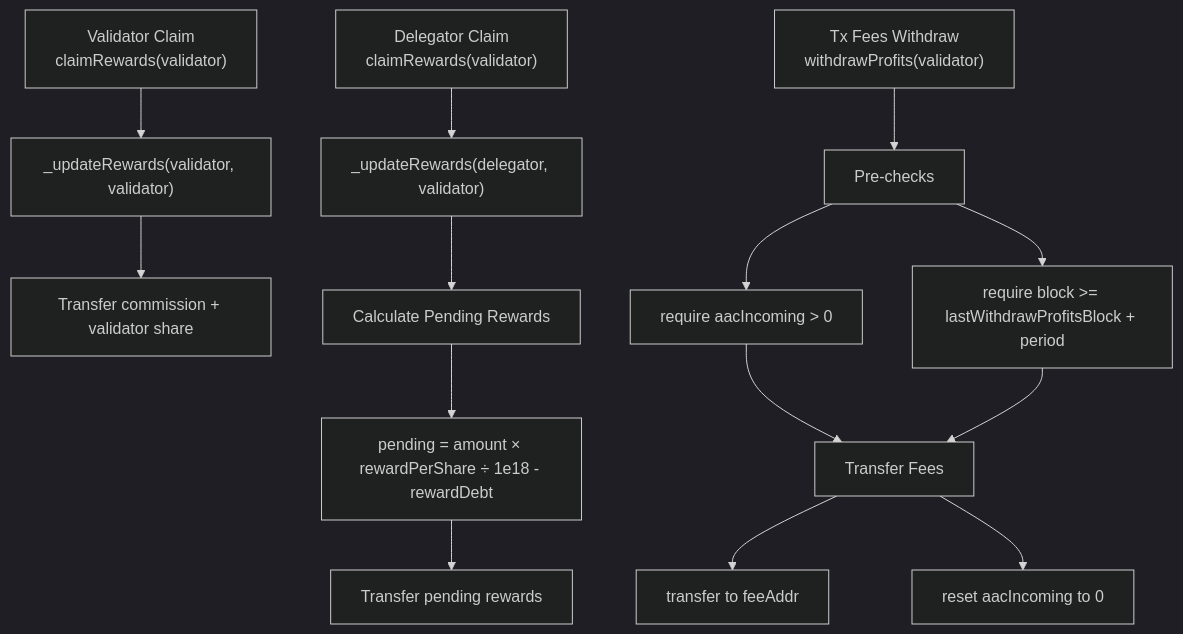
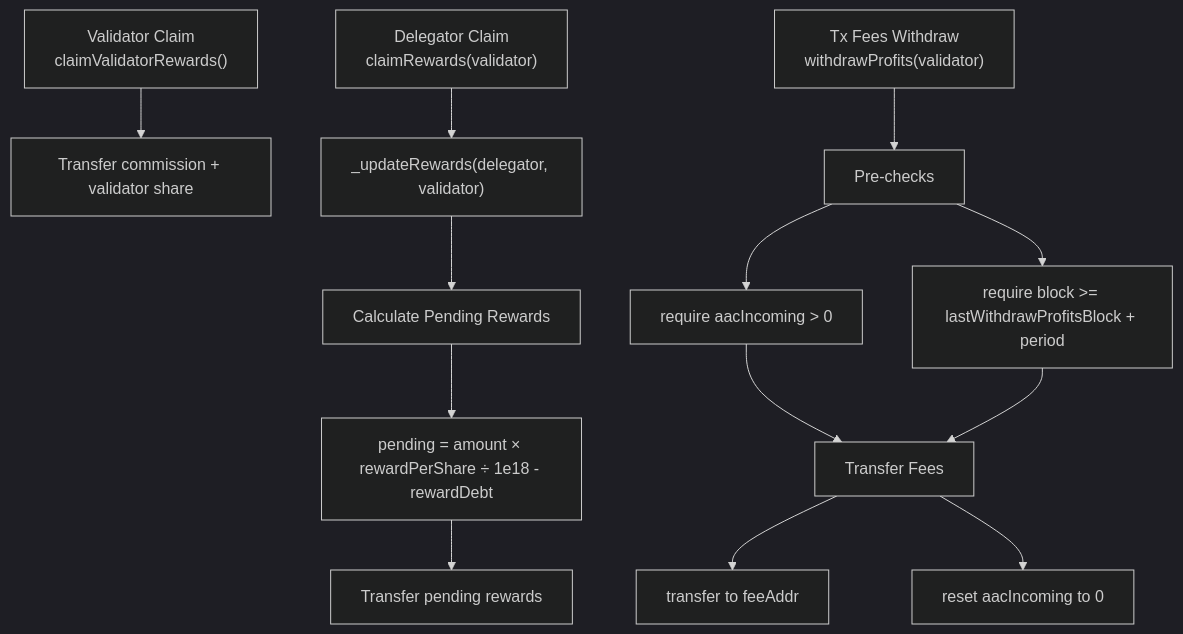
One commit to juchain-network/chain-contract changed the tenth of 13 diagrams in docs/posa-tech-spec.md. Above: the diagram before and after it, drawn with Mermaid (dark theme). The commit also changed other lines of this file and 8 other files, not shown here.

````diff
--- a/docs/posa-tech-spec.md
+++ b/docs/posa-tech-spec.md
@@ -890,22 +892,21 @@
 ```mermaid
 graph TD
     %% Validator Claim Flow
-    F[Validator Claim<br/>claimRewards#40;validator#41;] --> G[_updateRewards#40;validator, validator#41;]
-    G --> H[Transfer commission + validator share]
+    F[Validator Claim<br/>claimValidatorRewards#40;#41;] --> G[Transfer commission + validator share]
     
     %% Delegator Claim Flow
     I[Delegator Claim<br/>claimRewards#40;validator#41;] --> J[_updateRewards#40;delegator, validator#41;]
     J --> K[Calculate Pending Rewards]
     K --> K1[pending = amount #215; rewardPerShare #247; 1e18 - rewardDebt]
     K1 --> L[Transfer pending rewards]
     
     %% Tx Fees Withdraw Flow
     M[Tx Fees Withdraw<br/>withdrawProfits#40;validator#41;] --> N[Pre-checks]
     N --> N1[require aacIncoming #62; 0]
     N --> N2[require block #62;= lastWithdrawProfitsBlock + period]
     N1 --> O
     N2 --> O
     
     O[Transfer Fees] --> O1[transfer to feeAddr]
     O --> O2[reset aacIncoming to 0]
 ```
````
